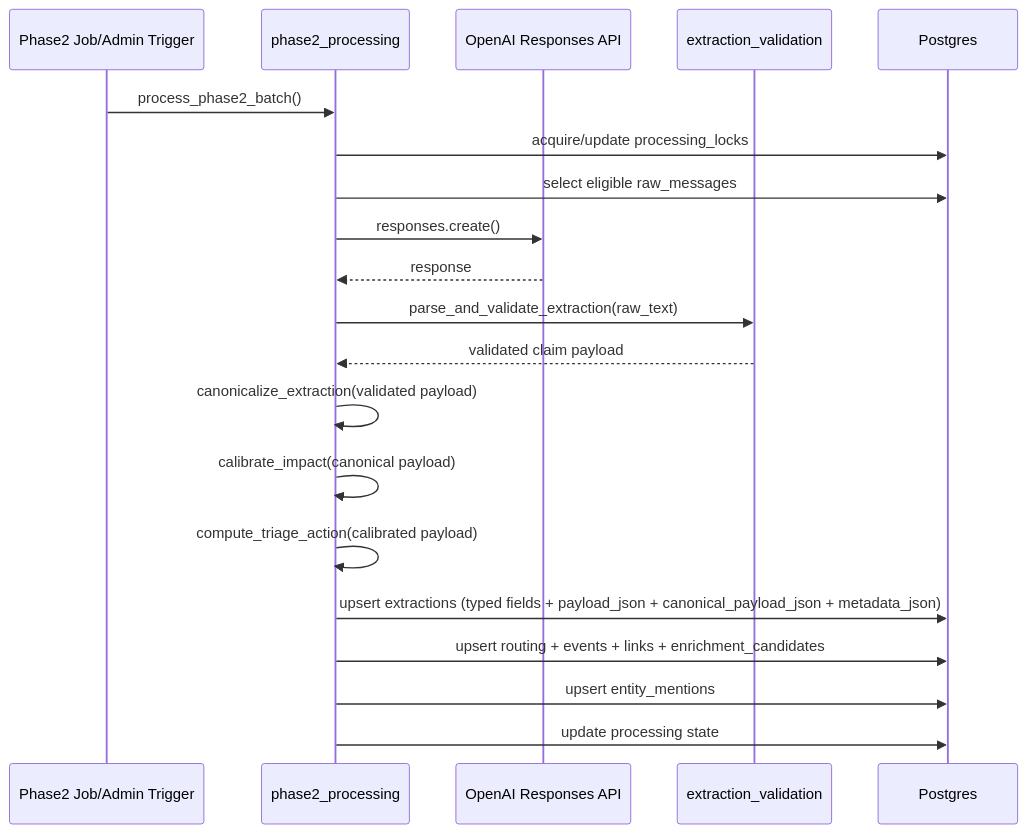
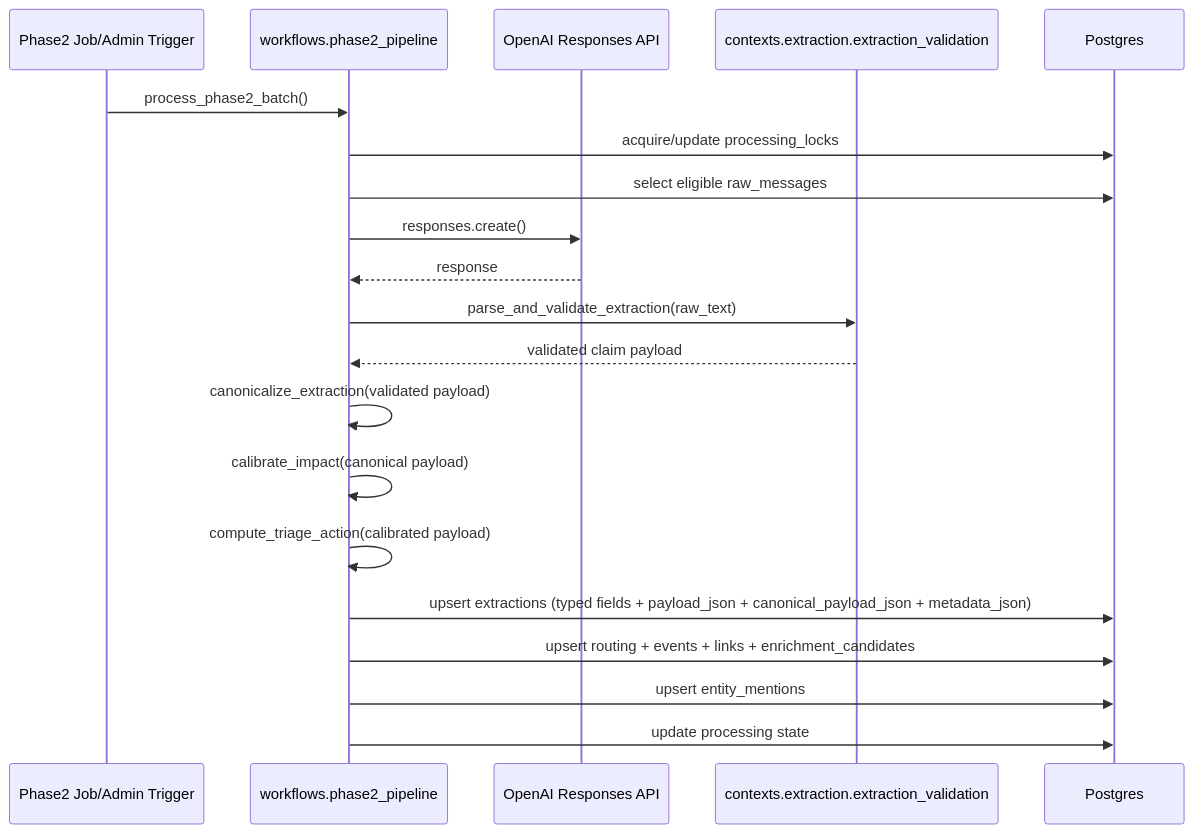
Before and after one commit to ciaranglansford/civic-quant: the diagram in docs/02-flows/phase2_extraction_flow.md, drawn with Mermaid. The commit also changed other lines of this file and 91 other files, not shown here.

````diff
--- a/docs/02-flows/phase2_extraction_flow.md
+++ b/docs/02-flows/phase2_extraction_flow.md
@@ -116,23 +116,23 @@
 ```mermaid
 sequenceDiagram
   participant J as Phase2 Job/Admin Trigger
-  participant P as phase2_processing
+  participant P as workflows.phase2_pipeline
   participant O as OpenAI Responses API
-  participant V as extraction_validation
+  participant V as contexts.extraction.extraction_validation
   participant DB as Postgres
 
   J->>P: process_phase2_batch()
   P->>DB: acquire/update processing_locks
   P->>DB: select eligible raw_messages
   P->>O: responses.create()
   O-->>P: response
   P->>V: parse_and_validate_extraction(raw_text)
   V-->>P: validated claim payload
   P->>P: canonicalize_extraction(validated payload)
   P->>P: calibrate_impact(canonical payload)
   P->>P: compute_triage_action(calibrated payload)
   P->>DB: upsert extractions (typed fields + payload_json + canonical_payload_json + metadata_json)
   P->>DB: upsert routing + events + links + enrichment_candidates
   P->>DB: upsert entity_mentions
   P->>DB: update processing state
 ```
````
